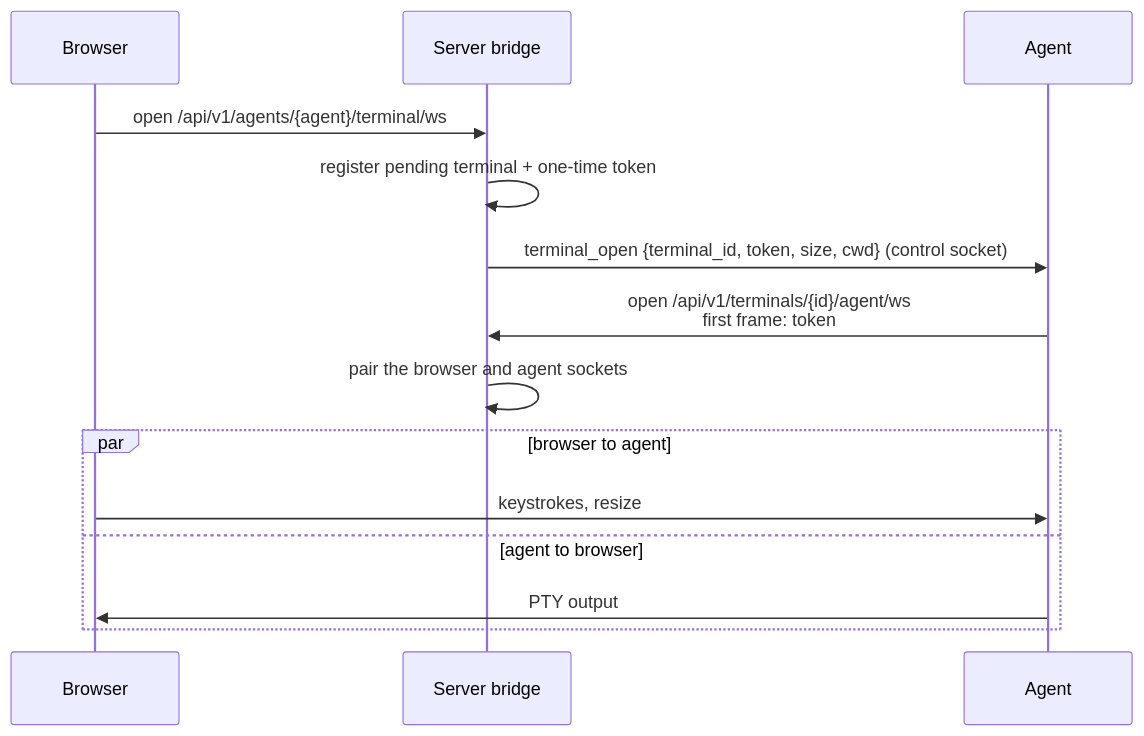
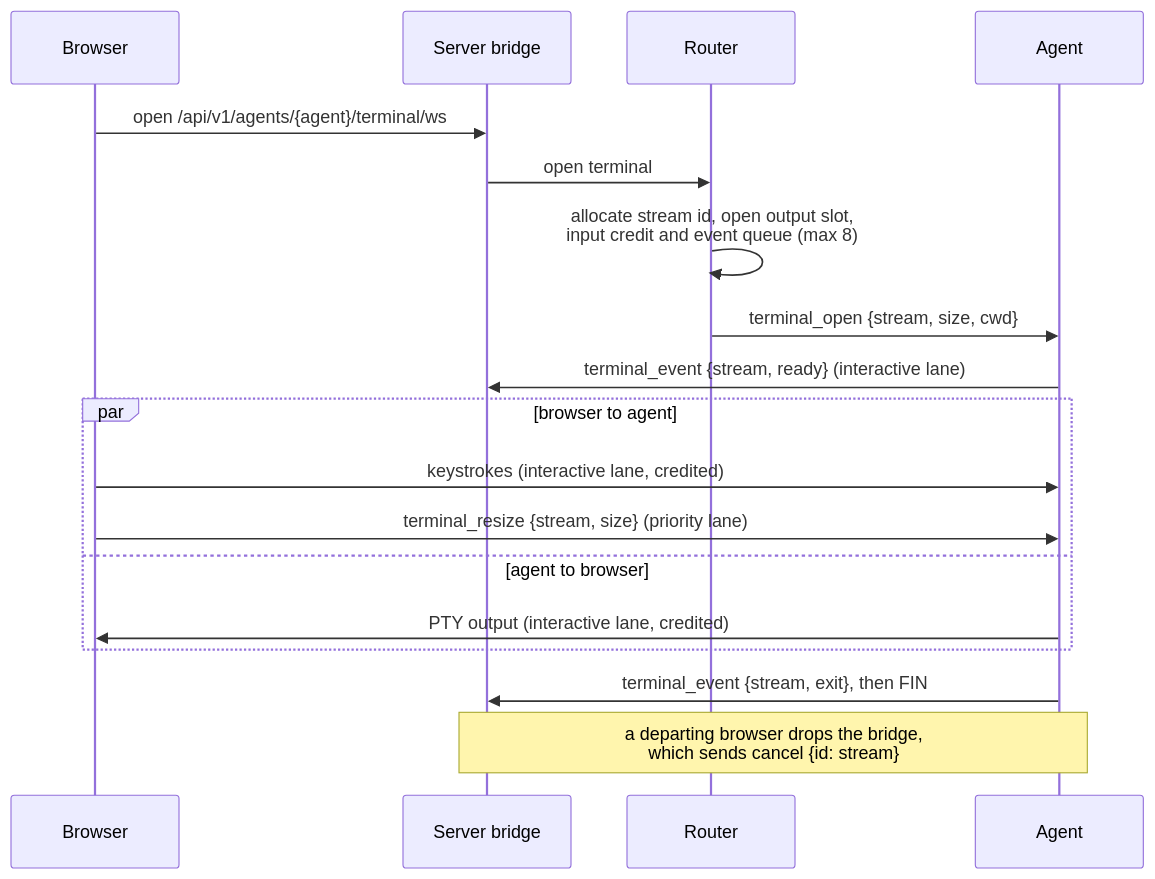
One commit to FruitieX/redoor changed the tenth of 10 diagrams in ARCHITECTURE.md. Above: the diagram before and after it, drawn with Mermaid. The commit also changed other lines of this file and 74 other files, not shown here.

First line of the commit message:
Carry every agent stream on one multiplexed connection

````diff
--- a/ARCHITECTURE.md
+++ b/ARCHITECTURE.md
@@ -471,17 +512,21 @@
 ```mermaid
 sequenceDiagram
     participant B as Browser
     participant S as Server bridge
+    participant R as Router
     participant A as Agent
 
     B->>S: open /api/v1/agents/{agent}/terminal/ws
-    S->>S: register pending terminal + one-time token
-    S->>A: terminal_open {terminal_id, token, size, cwd} (control socket)
-    A->>S: open /api/v1/terminals/{id}/agent/ws<br/>first frame: token
-    S->>S: pair the browser and agent sockets
+    S->>R: open terminal
+    R->>R: allocate stream id, open output slot,<br/>input credit and event queue (max 8)
+    R->>A: terminal_open {stream, size, cwd}
+    A->>S: terminal_event {stream, ready} (interactive lane)
     par browser to agent
-        B->>A: keystrokes, resize
+        B->>A: keystrokes (interactive lane, credited)
+        B->>A: terminal_resize {stream, size} (priority lane)
     and agent to browser
-        A->>B: PTY output
+        A->>B: PTY output (interactive lane, credited)
     end
+    A->>S: terminal_event {stream, exit}, then FIN
+    Note over S,A: a departing browser drops the bridge,<br/>which sends cancel {id: stream}
 ```
````
